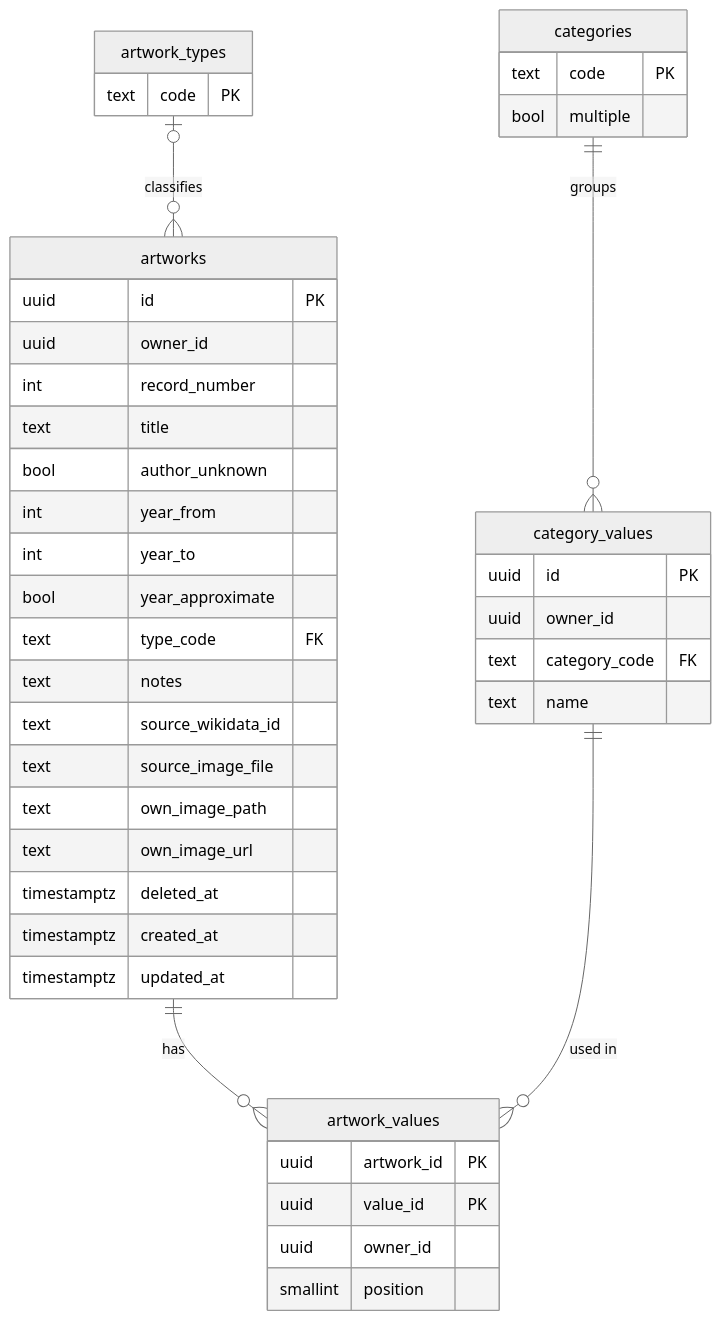
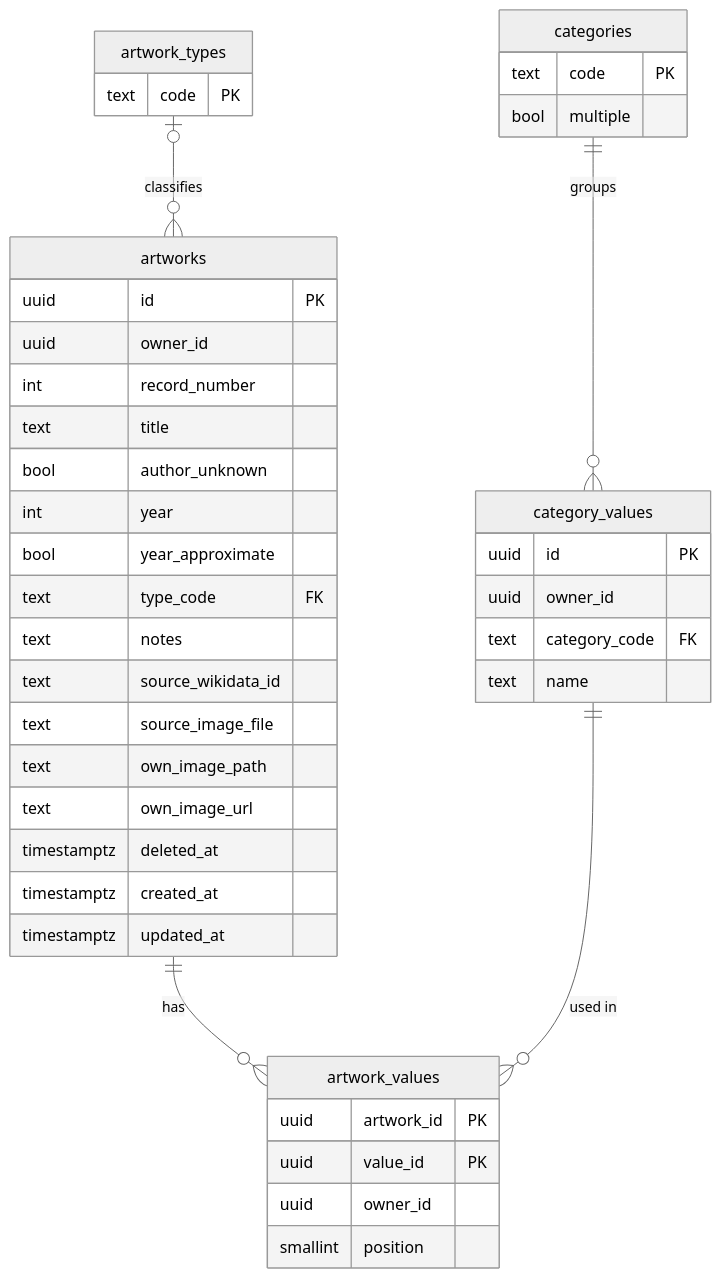
One commit to kamil-nawrot/study-atelier changed the diagram in docs/decisions/0014-artwork-collection-data-model.md. Above: the diagram before and after it, drawn with Mermaid (neutral theme). The commit also changed other lines of this file and 2 other files, not shown here.

Commit message:
test(db): ATL-123 - check the period constraints and leave the accepted ADRs unedited
Refs: ATL-123

````diff
--- a/docs/decisions/0014-artwork-collection-data-model.md
+++ b/docs/decisions/0014-artwork-collection-data-model.md
@@ -47,45 +47,44 @@
 ```mermaid
 erDiagram
     artworks ||--o{ artwork_values : has
     category_values ||--o{ artwork_values : "used in"
     categories ||--o{ category_values : groups
     artwork_types |o--o{ artworks : classifies
     artworks {
         uuid id PK
         uuid owner_id
         int record_number
         text title
         bool author_unknown
-        int year_from
-        int year_to
+        int year
         bool year_approximate
         text type_code FK
         text notes
         text source_wikidata_id
         text source_image_file
         text own_image_path
         text own_image_url
         timestamptz deleted_at
         timestamptz created_at
         timestamptz updated_at
     }
     category_values {
         uuid id PK
         uuid owner_id
         text category_code FK
         text name
     }
     artwork_values {
         uuid artwork_id PK
         uuid value_id PK
         uuid owner_id
         smallint position
     }
     categories {
         text code PK
         bool multiple
     }
     artwork_types {
         text code PK
     }
 ```
````
